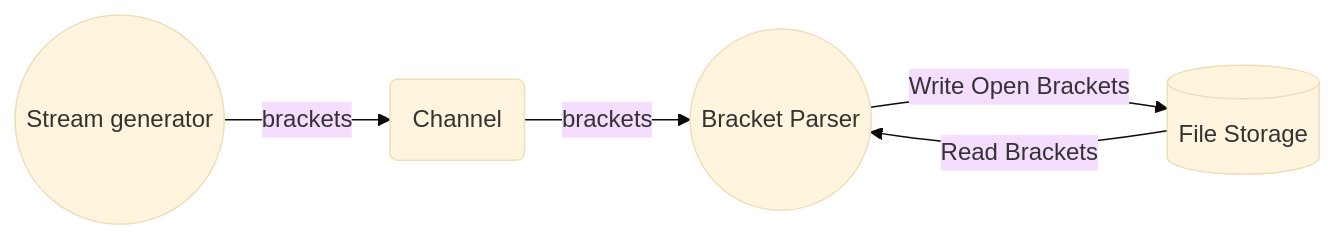
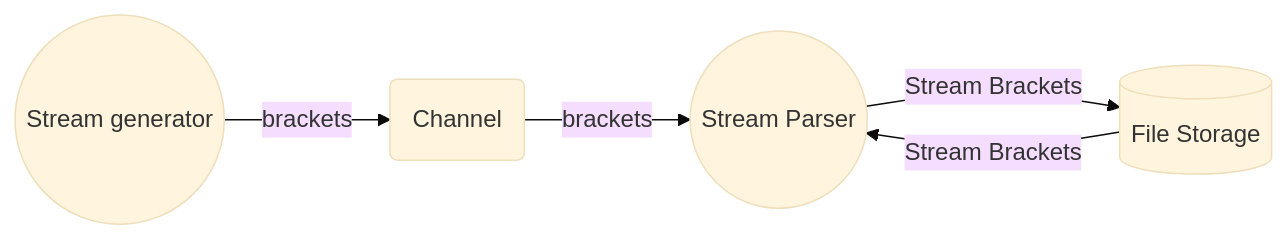
Before and after one commit to philip-3000/valid-bracket-stream-processor: the diagram in readme.md, drawn with Mermaid (base theme). The commit also changed other lines of this file, not shown here.

````diff
--- a/readme.md
+++ b/readme.md
@@ -24,7 +32,7 @@
 ```mermaid
 graph LR
     A((Stream generator)) -- brackets--> B(Channel)
-    B -- brackets --> C((Bracket Parser))
-    C -- Write Open Brackets --> D[(File Storage)]
-    D[(File Storage)] -- Read Brackets --> C
+    B -- brackets --> C((Stream Parser))
+    C -- Stream Brackets --> D[(File Storage)]
+    D[(File Storage)] -- Stream Brackets --> C
 ```
````
